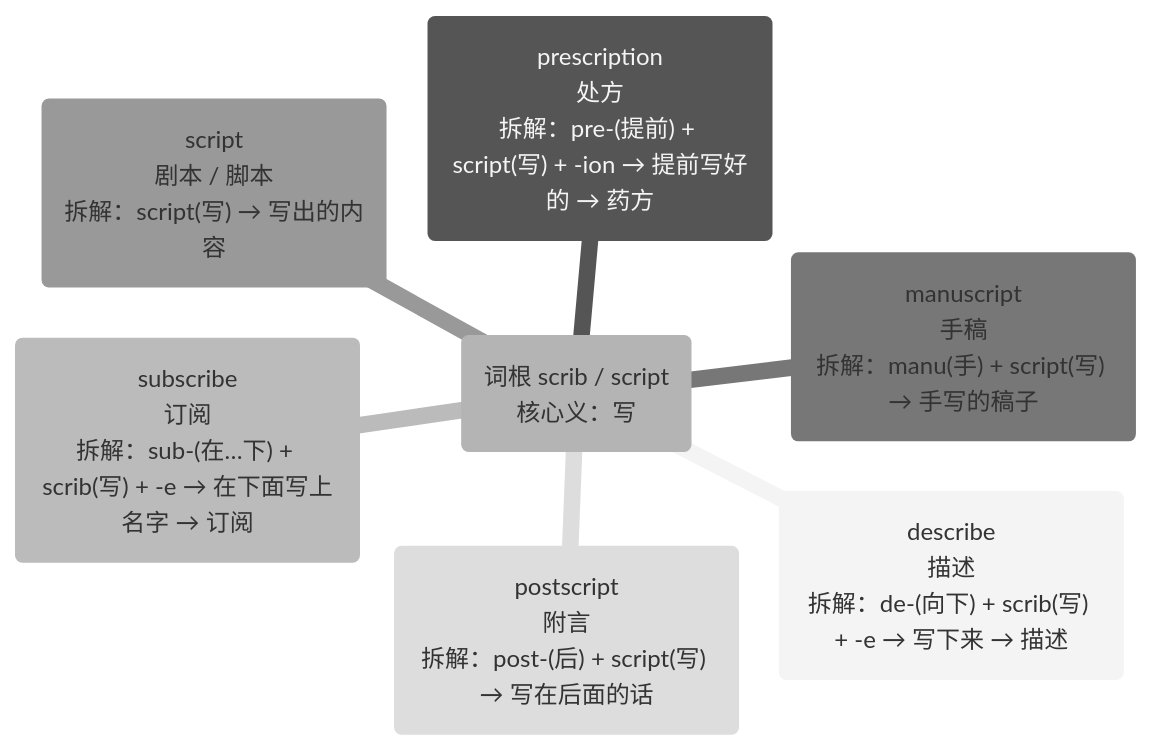
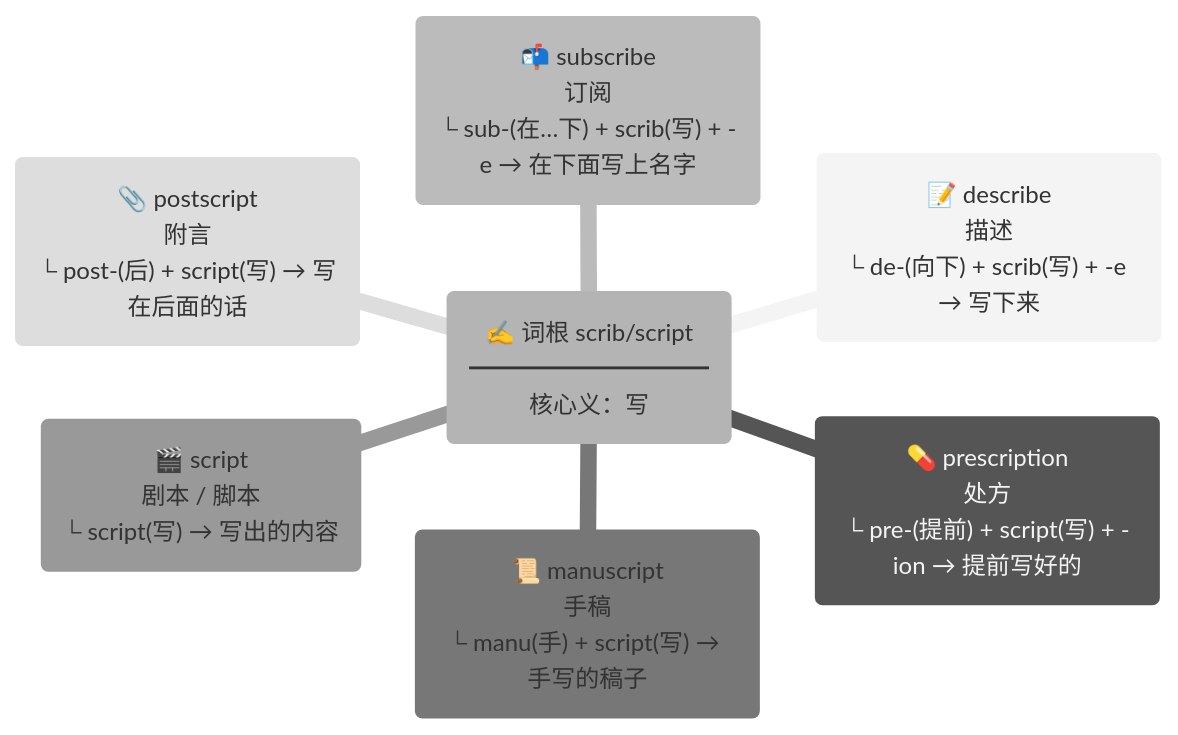
Before and after one commit to suhuide/h: the ninth of 31 diagrams in files/other/e.md, drawn with Mermaid (neutral theme). The commit also changed other lines of this file, not shown here.

````diff
--- a/files/other/e.md
+++ b/files/other/e.md
@@ -92,10 +92,10 @@
 ```mermaid
 mindmap
-  root("词根 scrib / script<br>核心义：写")
-    describe("describe<br>描述<br>拆解：de-(向下) + scrib(写) + -e → 写下来 → 描述")
-    prescription("prescription<br>处方<br>拆解：pre-(提前) + script(写) + -ion → 提前写好的 → 药方")
-    subscribe("subscribe<br>订阅<br>拆解：sub-(在…下) + scrib(写) + -e → 在下面写上名字 → 订阅")
-    manuscript("manuscript<br>手稿<br>拆解：manu(手) + script(写) → 手写的稿子")
-    script("script<br>剧本 / 脚本<br>拆解：script(写) → 写出的内容")
-    postscript("postscript<br>附言<br>拆解：post-(后) + script(写) → 写在后面的话")
+  root("✍️ 词根 scrib/script<br>━━━━━━━━━━<br>核心义：写")
+    describe("📝 describe<br>描述<br>└ de-(向下) + scrib(写) + -e → 写下来")
+    prescription("💊 prescription<br>处方<br>└ pre-(提前) + script(写) + -ion → 提前写好的")
+    subscribe("📬 subscribe<br>订阅<br>└ sub-(在…下) + scrib(写) + -e → 在下面写上名字")
+    manuscript("📜 manuscript<br>手稿<br>└ manu(手) + script(写) → 手写的稿子")
+    script("🎬 script<br>剧本 / 脚本<br>└ script(写) → 写出的内容")
+    postscript("📎 postscript<br>附言<br>└ post-(后) + script(写) → 写在后面的话")
 ```
````
